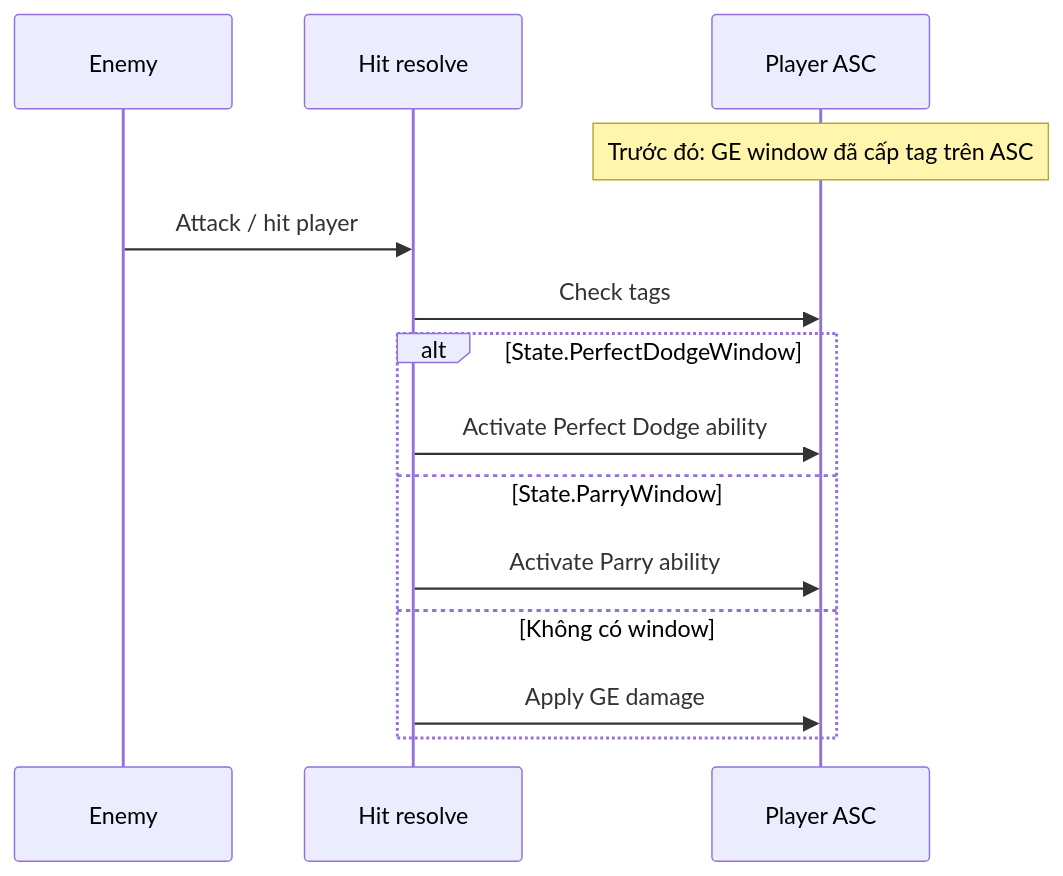
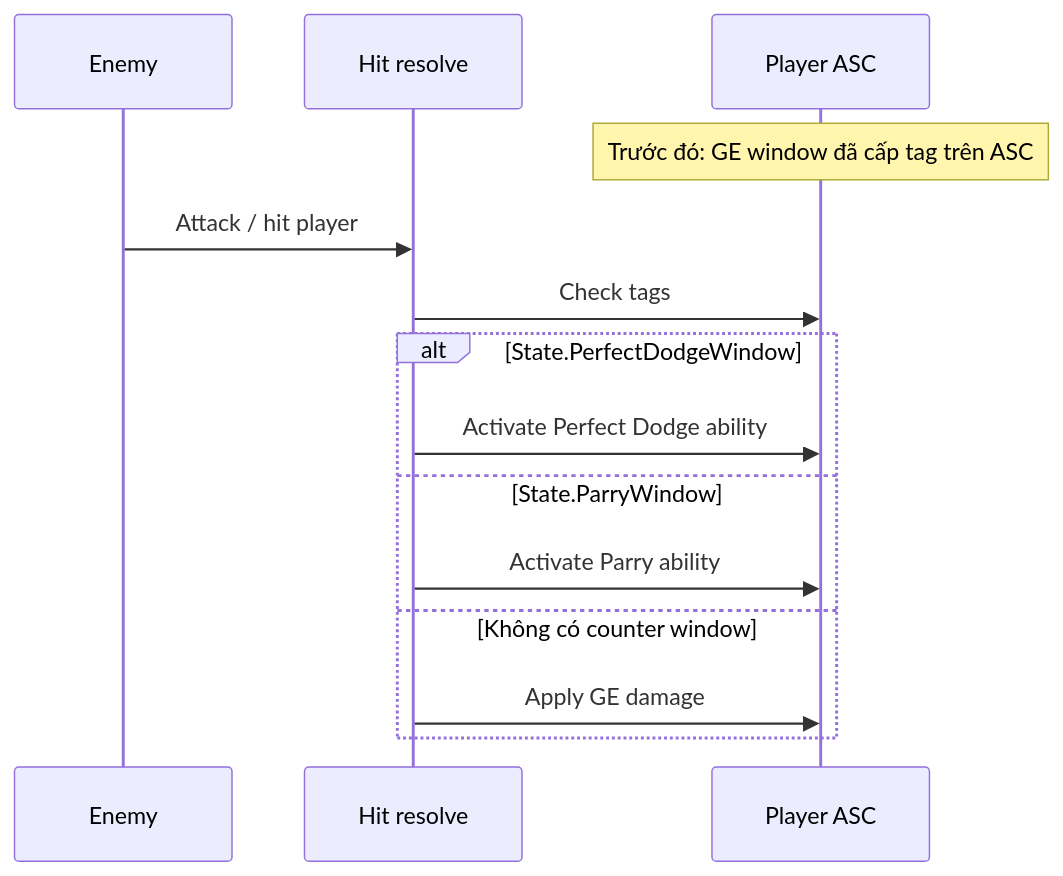
The second of 2 diagrams in TECHNICAL_GAS_CombatSystem.md (Anhtn139/Test_AnhTN), drawn with Mermaid before and after one commit. The commit also changed other lines of this file and 1 other file, not shown here.

````diff
--- a/TECHNICAL_GAS_CombatSystem.md
+++ b/TECHNICAL_GAS_CombatSystem.md
@@ -154,16 +154,16 @@
 ```mermaid
 sequenceDiagram
   participant E as Enemy
   participant Hit as Hit resolve
   participant P as Player ASC
   Note over P: Trước đó: GE window đã cấp tag trên ASC
   E->>Hit: Attack / hit player
   Hit->>P: Check tags
   alt State.PerfectDodgeWindow
     Hit->>P: Activate Perfect Dodge ability
   else State.ParryWindow
     Hit->>P: Activate Parry ability
-  else Không có window
+  else Không có counter window
     Hit->>P: Apply GE damage
   end
 ```
````
